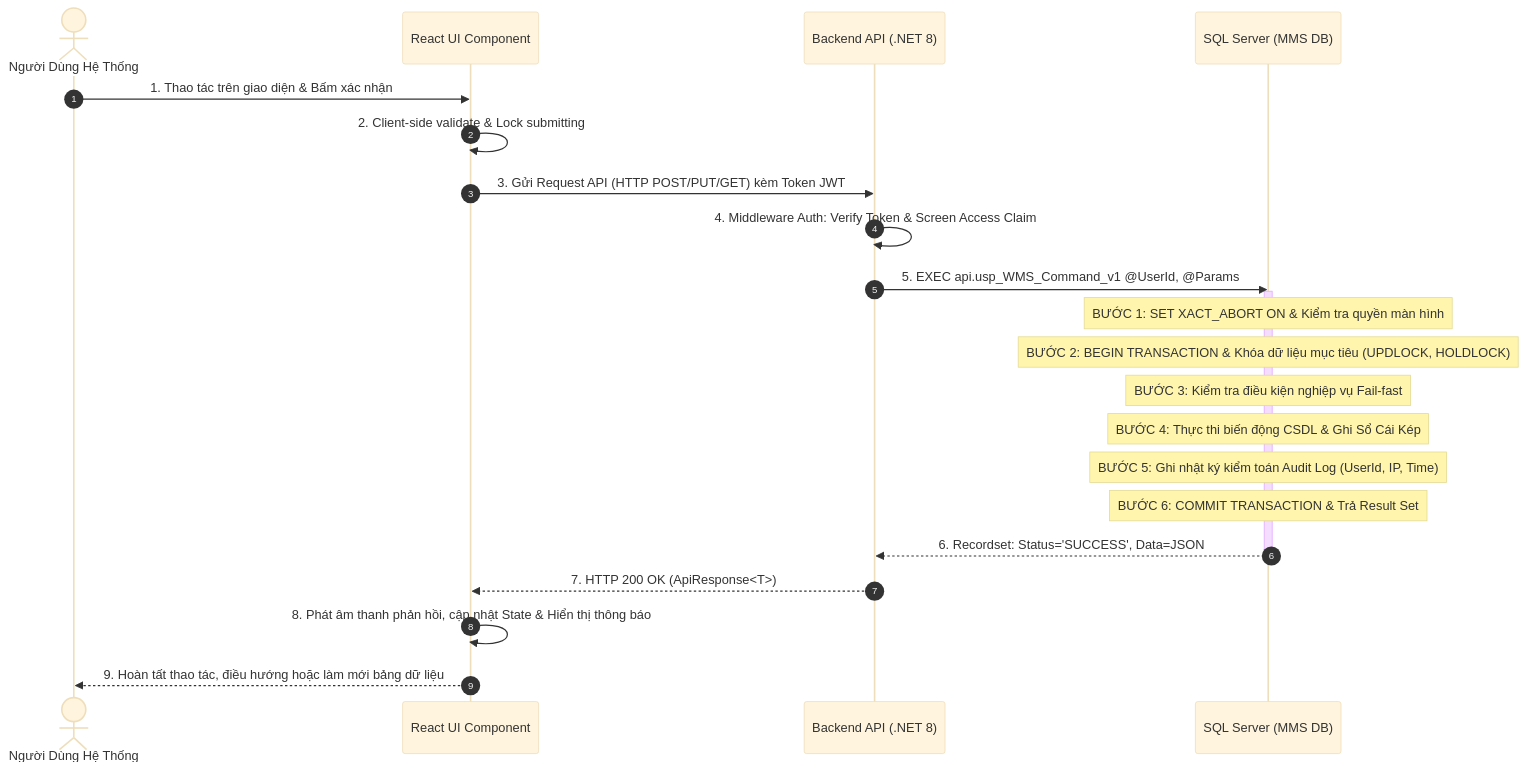
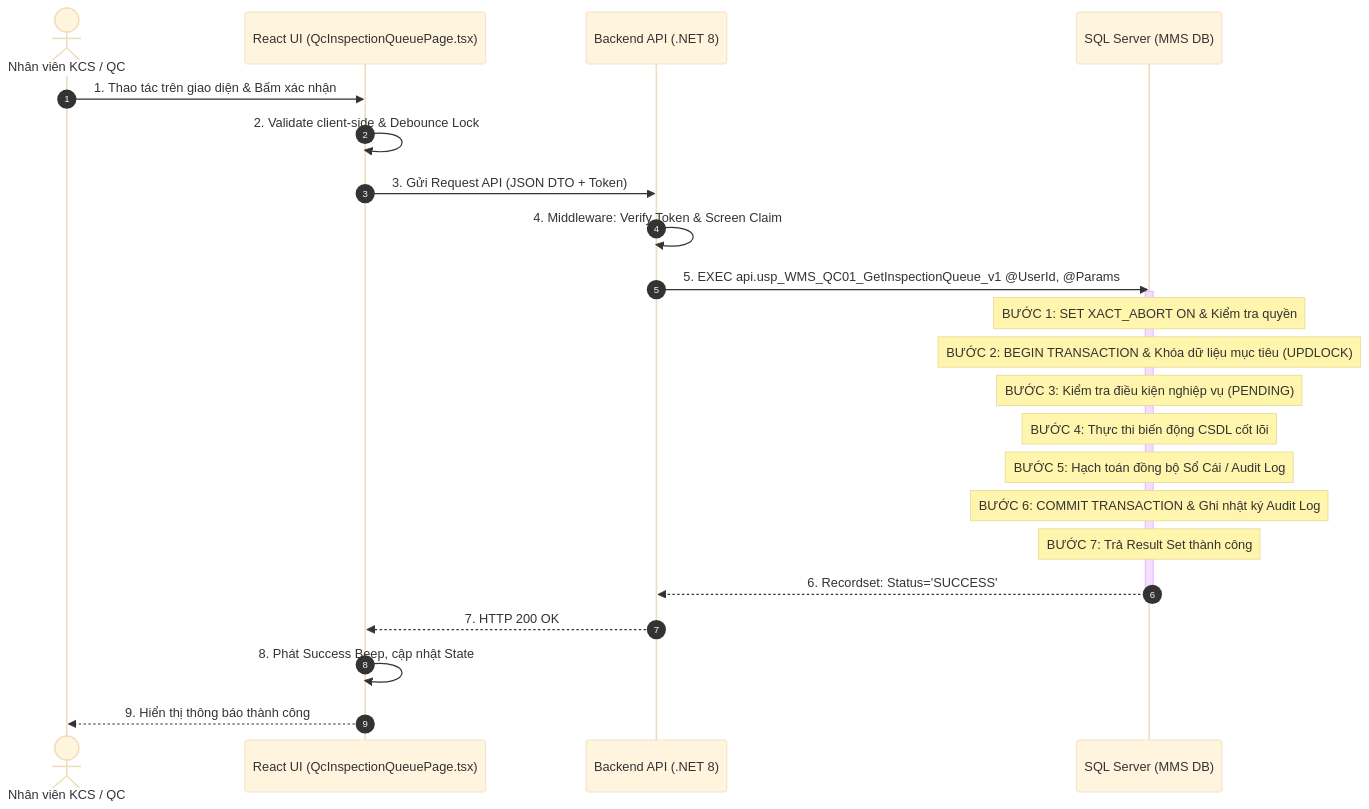
The first of 2 diagrams in docs/03-use-cases/UC-12_QC-01.md (Sohoa-KNSG/mms), drawn with Mermaid (base theme) before and after one commit. The commit also changed other lines of this file and 44 other files, not shown here.

````diff
--- a/docs/03-use-cases/UC-12_QC-01.md
+++ b/docs/03-use-cases/UC-12_QC-01.md
@@ -119,29 +146,30 @@
 ```mermaid
 sequenceDiagram
     autonumber
-    actor User as Người Dùng Hệ Thống
-    participant UI as React UI Component
+    actor User as Nhân viên KCS / QC
+    participant UI as React UI (QcInspectionQueuePage.tsx)
     participant API as Backend API (.NET 8)
     participant DB as SQL Server (MMS DB)
 
     User->>UI: 1. Thao tác trên giao diện & Bấm xác nhận
-    UI->>UI: 2. Client-side validate & Lock submitting
-    UI->>API: 3. Gửi Request API (HTTP POST/PUT/GET) kèm Token JWT
+    UI->>UI: 2. Validate client-side & Debounce Lock
+    UI->>API: 3. Gửi Request API (JSON DTO + Token)
     
-    API->>API: 4. Middleware Auth: Verify Token & Screen Access Claim
-    API->>DB: 5. EXEC api.usp_WMS_Command_v1 @UserId, @Params
+    API->>API: 4. Middleware: Verify Token & Screen Claim
+    API->>DB: 5. EXEC api.usp_WMS_QC01_GetInspectionQueue_v1 @UserId, @Params
     
     activate DB
-    Note over DB: BƯỚC 1: SET XACT_ABORT ON & Kiểm tra quyền màn hình
-    Note over DB: BƯỚC 2: BEGIN TRANSACTION & Khóa dữ liệu mục tiêu (UPDLOCK, HOLDLOCK)
-    Note over DB: BƯỚC 3: Kiểm tra điều kiện nghiệp vụ Fail-fast
-    Note over DB: BƯỚC 4: Thực thi biến động CSDL & Ghi Sổ Cái Kép
-    Note over DB: BƯỚC 5: Ghi nhật ký kiểm toán Audit Log (UserId, IP, Time)
-    Note over DB: BƯỚC 6: COMMIT TRANSACTION & Trả Result Set
-    DB-->>API: 6. Recordset: Status='SUCCESS', Data=JSON
+    Note over DB: BƯỚC 1: SET XACT_ABORT ON & Kiểm tra quyền
+    Note over DB: BƯỚC 2: BEGIN TRANSACTION & Khóa dữ liệu mục tiêu (UPDLOCK)
+    Note over DB: BƯỚC 3: Kiểm tra điều kiện nghiệp vụ (PENDING)
+    Note over DB: BƯỚC 4: Thực thi biến động CSDL cốt lõi
+    Note over DB: BƯỚC 5: Hạch toán đồng bộ Sổ Cái / Audit Log
+    Note over DB: BƯỚC 6: COMMIT TRANSACTION & Ghi nhật ký Audit Log
+    Note over DB: BƯỚC 7: Trả Result Set thành công
+    DB-->>API: 6. Recordset: Status='SUCCESS'
     deactivate DB
 
-    API-->>UI: 7. HTTP 200 OK (ApiResponse<T>)
-    UI->>UI: 8. Phát âm thanh phản hồi, cập nhật State & Hiển thị thông báo
-    UI-->>User: 9. Hoàn tất thao tác, điều hướng hoặc làm mới bảng dữ liệu
+    API-->>UI: 7. HTTP 200 OK
+    UI->>UI: 8. Phát Success Beep, cập nhật State
+    UI-->>User: 9. Hiển thị thông báo thành công
 ```
````
